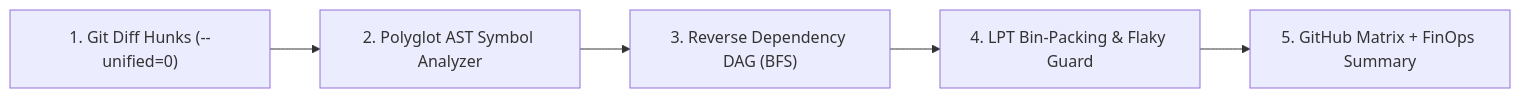
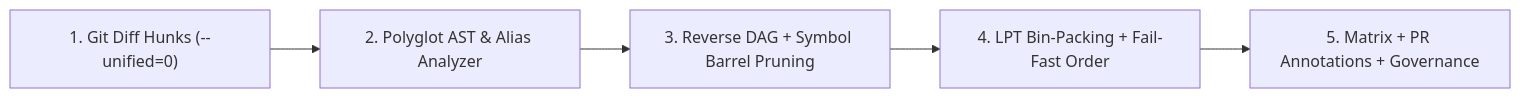
Before and after one commit to actions-marketplace-validations/glastor-core_vortex: the diagram in README.md, drawn with Mermaid. The commit also changed other lines of this file and 22 other files, not shown here.

Commit message:
feat(v1.1.0): add symbol-level barrel pruning, EWMA telemetry learner, monorepo aliases, fail-fast shard ordering, PR annotations, and governance gatekeeper

````diff
--- a/README.md
+++ b/README.md
@@ -87,7 +91,7 @@
 ```mermaid
 flowchart LR
-  D["1. Git Diff Hunks (--unified=0)"] --> A["2. Polyglot AST Symbol Analyzer"]
-  A --> G["3. Reverse Dependency DAG (BFS)"]
-  G --> S["4. LPT Bin-Packing & Flaky Guard"]
-  S --> O["5. GitHub Matrix + FinOps Summary"]
+  D["1. Git Diff Hunks (--unified=0)"] --> A["2. Polyglot AST & Alias Analyzer"]
+  A --> G["3. Reverse DAG + Symbol Barrel Pruning"]
+  G --> S["4. LPT Bin-Packing + Fail-Fast Order"]
+  S --> O["5. Matrix + PR Annotations + Governance"]
 ```
````
